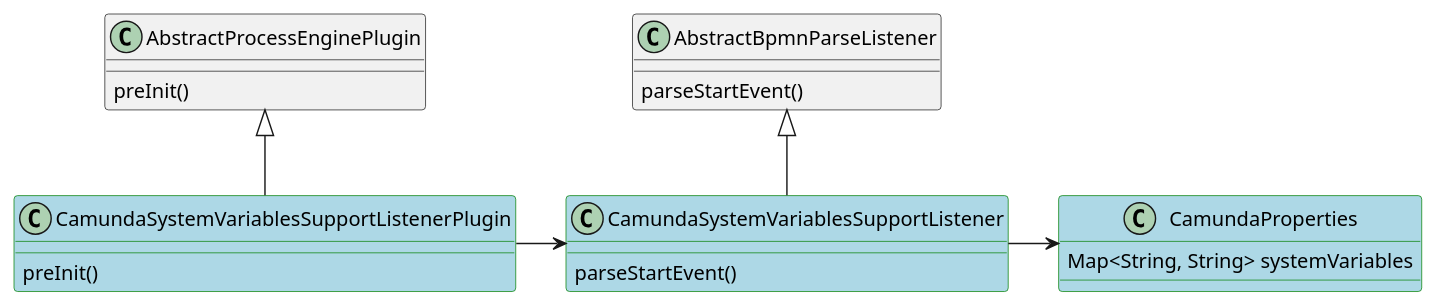
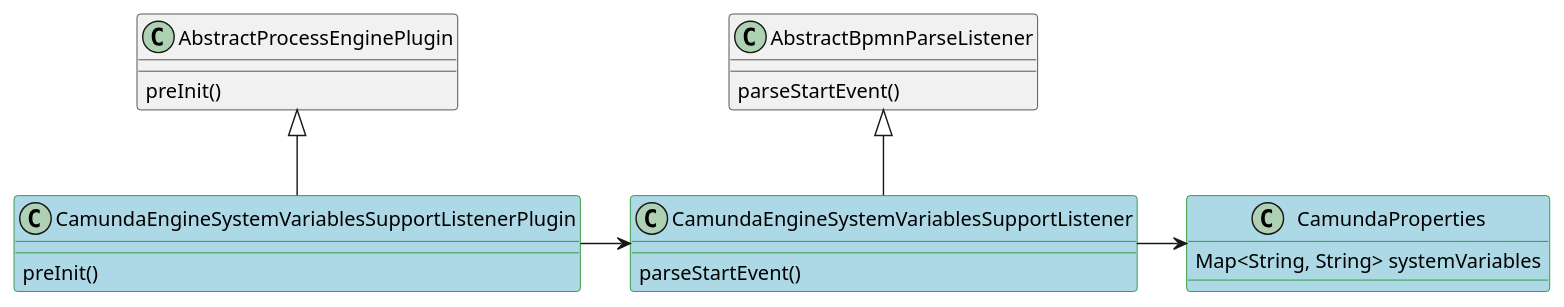
The fourth of 11 diagrams in docs/modules/bpms/pages/camunda-core-extensions.adoc (epam/edp-ddm-bpms), drawn with PlantUML before and after one commit. The commit also changed other lines of this file and 24 other files, not shown here.

```diff
--- a/docs/modules/bpms/pages/camunda-core-extensions.adoc
+++ b/docs/modules/bpms/pages/camunda-core-extensions.adoc
@@ -135,27 +135,27 @@
 [plantuml,sys-vars,svg]
 ----
 @startuml
 class AbstractProcessEnginePlugin {
   preInit()
 }
 
-class CamundaSystemVariablesSupportListenerPlugin #back:lightblue;line:green;text:black extends AbstractProcessEnginePlugin {
+class CamundaEngineSystemVariablesSupportListenerPlugin #back:lightblue;line:green;text:black extends AbstractProcessEnginePlugin {
   preInit()
 }
 
 class AbstractBpmnParseListener {
   parseStartEvent()
 }
 
-class CamundaSystemVariablesSupportListener #back:lightblue;line:green;text:black extends AbstractBpmnParseListener {
+class CamundaEngineSystemVariablesSupportListener #back:lightblue;line:green;text:black extends AbstractBpmnParseListener {
   parseStartEvent()
 }
 
 class CamundaProperties #back:lightblue;line:green;text:black {
   Map<String, String> systemVariables
 }
 
-CamundaSystemVariablesSupportListenerPlugin -> CamundaSystemVariablesSupportListener
-CamundaSystemVariablesSupportListener -> CamundaProperties
+CamundaEngineSystemVariablesSupportListenerPlugin -> CamundaEngineSystemVariablesSupportListener
+CamundaEngineSystemVariablesSupportListener -> CamundaProperties
 @enduml
 ----
```
